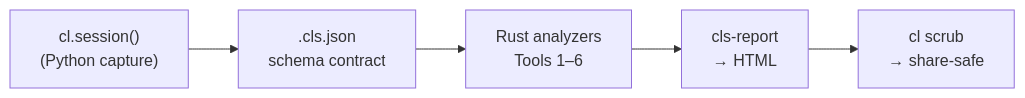
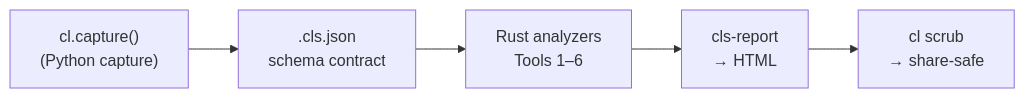
Before and after one commit to notAnIssue/compile-lens: the diagram in README.md, drawn with Mermaid. The commit also changed other lines of this file and 10 other files, not shown here.

````diff
--- a/README.md
+++ b/README.md
@@ -44,7 +49,7 @@
 ```mermaid
 flowchart LR
-    sess["cl.session()<br/>(Python capture)"] --> art[".cls.json<br/>schema contract"]
+    cap["cl.capture()<br/>(Python capture)"] --> art[".cls.json<br/>schema contract"]
     art --> an["Rust analyzers<br/>Tools 1–6"]
     an --> report["cls-report<br/>→ HTML"]
     report --> scrub["cl scrub<br/>→ share-safe"]
 ```
````
